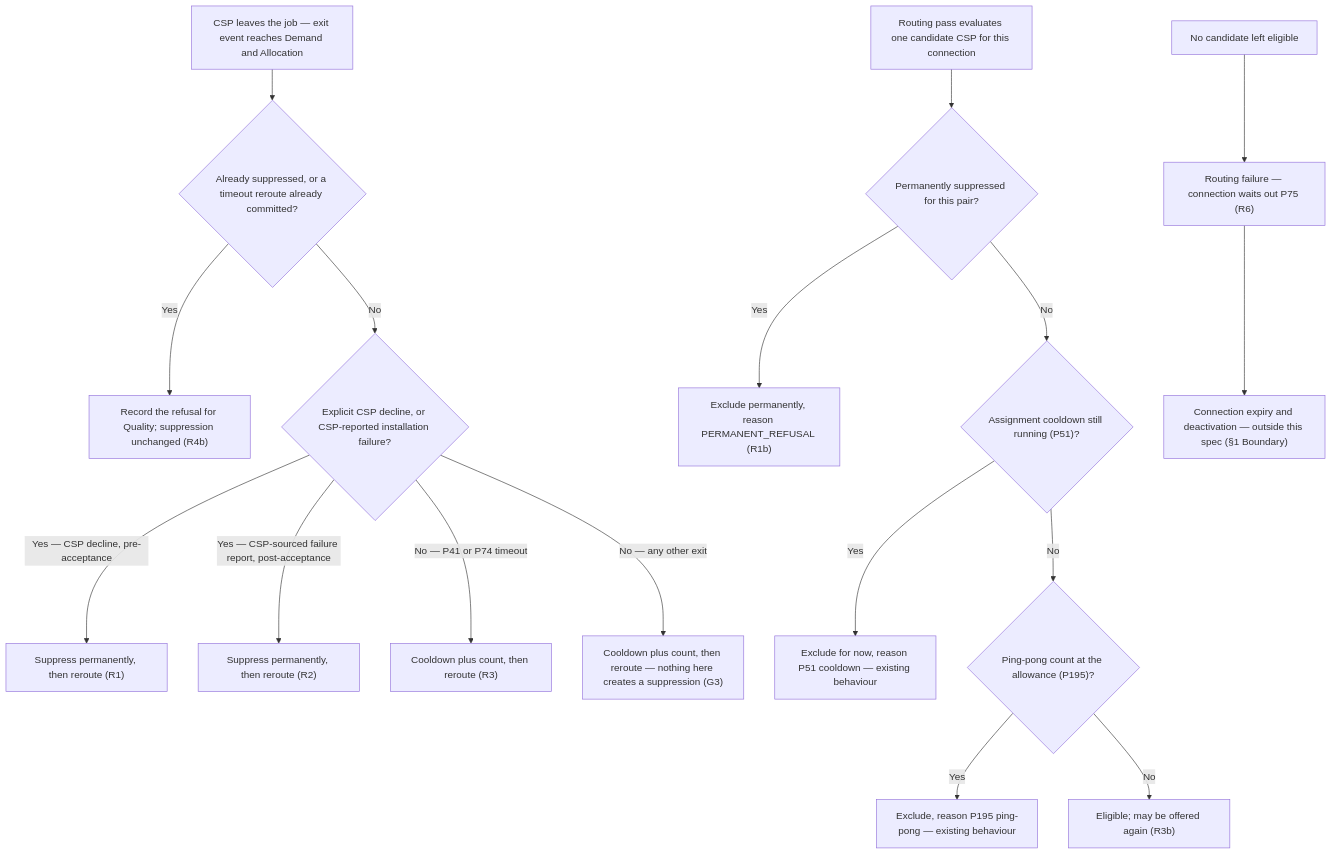
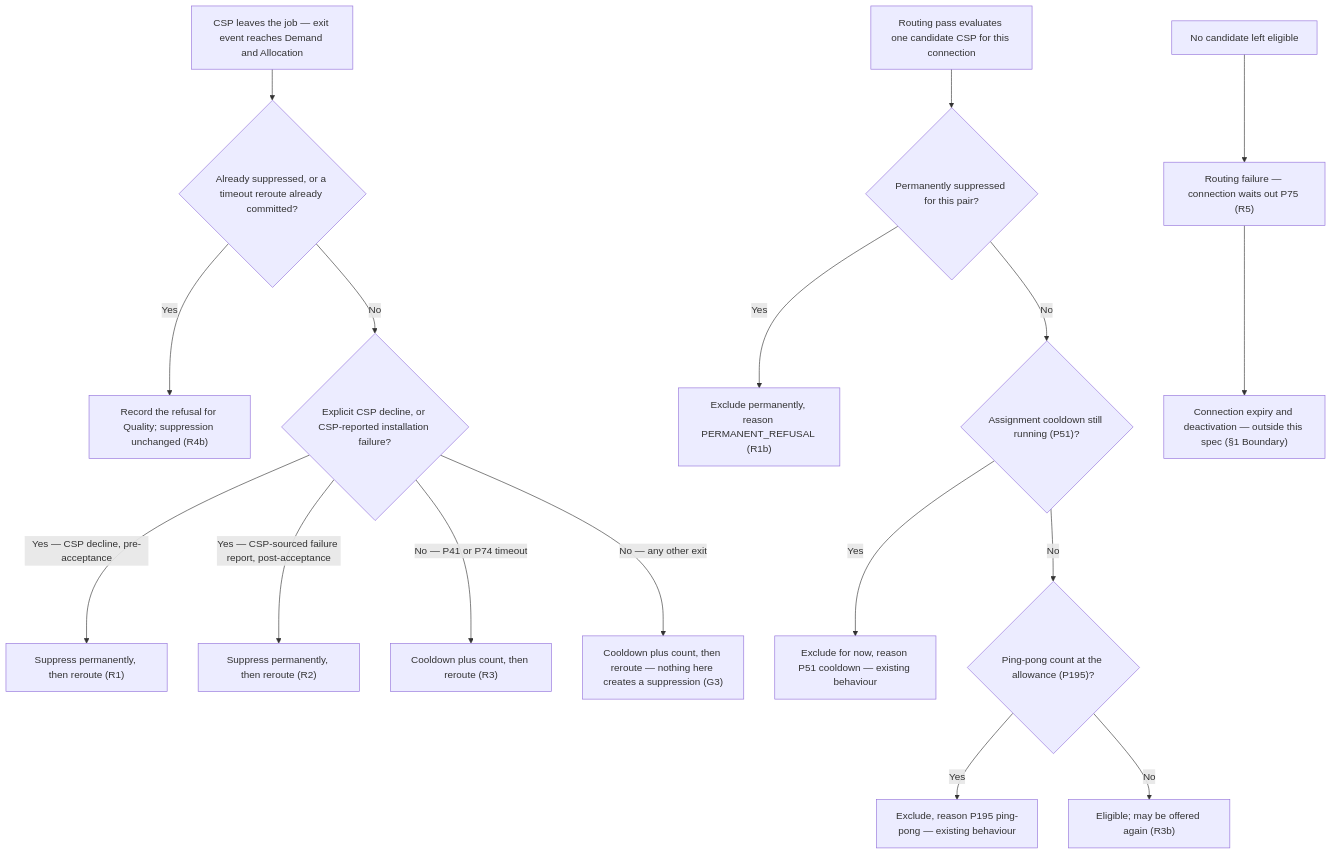
The diagram in Decline_Retrigger_Suppression_PRD.md (ashish-raj-wiom/decline-retrigger-spec), drawn with Mermaid before and after one commit. The commit also changed other lines of this file and 1 other file, not shown here.

````diff
--- a/Decline_Retrigger_Suppression_PRD.md
+++ b/Decline_Retrigger_Suppression_PRD.md
@@ -90,21 +90,21 @@
 ```mermaid
 flowchart TD
     A["CSP leaves the job — exit event reaches Demand and Allocation"] --> A2{"Already suppressed, or a timeout reroute already committed?"}
     A2 -- "Yes" --> A3["Record the refusal for Quality; suppression unchanged (R4b)"]
     A2 -- "No" --> B{"Explicit CSP decline, or CSP-reported installation failure?"}
     B -- "Yes — CSP decline, pre-acceptance" --> C["Suppress permanently, then reroute (R1)"]
     B -- "Yes — CSP-sourced failure report, post-acceptance" --> D["Suppress permanently, then reroute (R2)"]
     B -- "No — P41 or P74 timeout" --> E["Cooldown plus count, then reroute (R3)"]
     B -- "No — any other exit" --> F["Cooldown plus count, then reroute — nothing here creates a suppression (G3)"]
 
     G["Routing pass evaluates one candidate CSP for this connection"] --> H{"Permanently suppressed for this pair?"}
     H -- "Yes" --> I["Exclude permanently, reason PERMANENT_REFUSAL (R1b)"]
     H -- "No" --> J{"Assignment cooldown still running (P51)?"}
     J -- "Yes" --> K["Exclude for now, reason P51 cooldown — existing behaviour"]
     J -- "No" --> L{"Ping-pong count at the allowance (P195)?"}
     L -- "Yes" --> M["Exclude, reason P195 ping-pong — existing behaviour"]
     L -- "No" --> N["Eligible; may be offered again (R3b)"]
 
-    O["No candidate left eligible"] --> P["Routing failure — connection waits out P75 (R6)"]
+    O["No candidate left eligible"] --> P["Routing failure — connection waits out P75 (R5)"]
     P --> Q["Connection expiry and deactivation — outside this spec (§1 Boundary)"]
 ```
````
